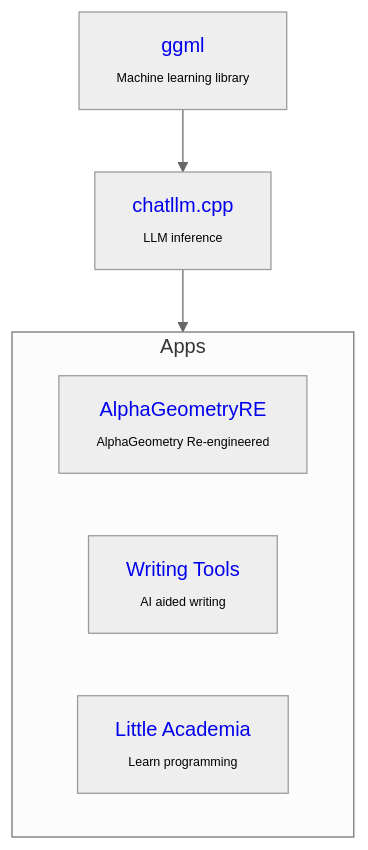
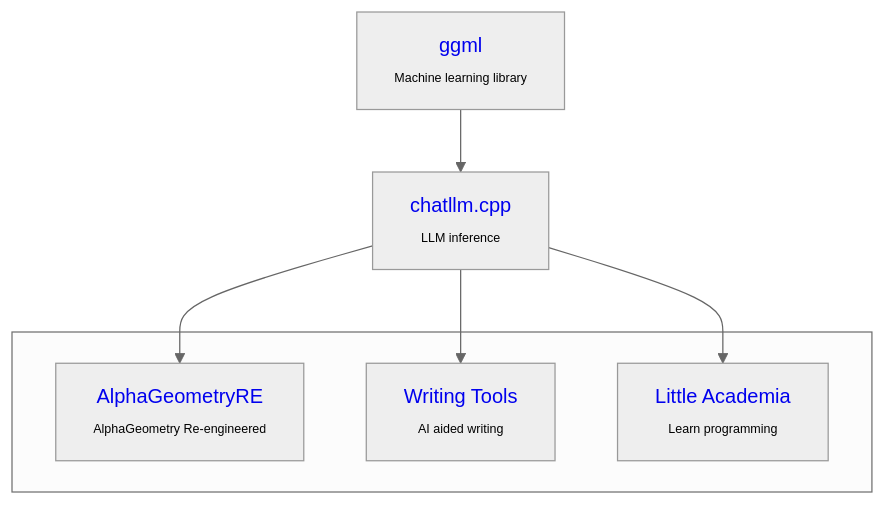
Before and after one commit to foldl/chatllm.cpp: the diagram in README.md, drawn with Mermaid (neutral theme).

Commit message:
update graph

````diff
--- a/README.md
+++ b/README.md
@@ -14,15 +14,17 @@
 ```mermaid
 graph TD;
 ggml --> chatllm.cpp
-chatllm.cpp --> coding
-subgraph coding[Apps]
+chatllm.cpp --> AlphaGeometryRE
+chatllm.cpp --> WritingTools
+chatllm.cpp --> LittleAcademia
+subgraph coding[ ]
     AlphaGeometryRE
     WritingTools
     LittleAcademia
 end
 ggml[<a href="https://github.com/ggml-org/ggml"                     style="text-decoration:none;">ggml</a>            <br><span style="font-size:10px;">Machine learning library</span>];
 chatllm.cpp[<a href="https://github.com/foldl/chatllm.cpp"          style="text-decoration:none;">chatllm.cpp</a>     <br><span style="font-size:10px;">LLM inference</span>];
 AlphaGeometryRE[<a href="https://github.com/foldl/alphageometryre"  style="text-decoration:none;">AlphaGeometryRE</a> <br><span style="font-size:10px;">AlphaGeometry Re-engineered</span>];
 WritingTools[<a href="https://github.com/foldl/WritingTools"        style="text-decoration:none;">Writing Tools</a>   <br><span style="font-size:10px;">AI aided writing</span>];
 LittleAcademia[<a href="https://github.com/foldl/little-academia"   style="text-decoration:none;">Little Academia</a> <br><span style="font-size:10px;">Learn programming</span>];
 ```
````
